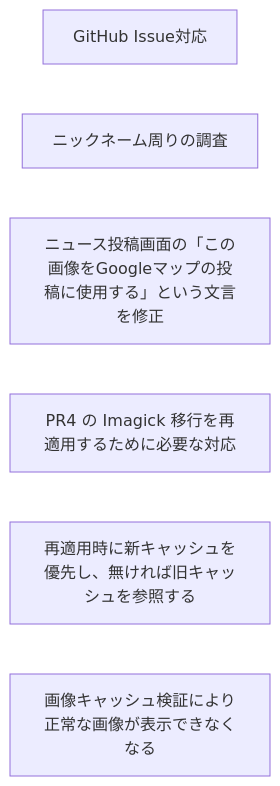
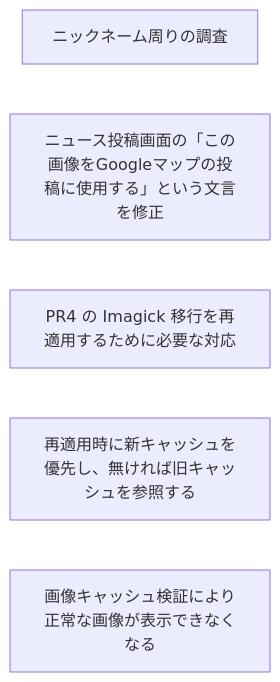
The diagram in tasks/依存関係図.md (FLNYoshidaRyuta/task_management), drawn with Mermaid before and after one commit. The commit also changed 12 other files, not shown here.

````diff
--- a/tasks/依存関係図.md
+++ b/tasks/依存関係図.md
@@ -3,9 +3,8 @@
 ```mermaid
 flowchart LR
-    T0["GitHub Issue対応"]
-    T1["ニックネーム周りの調査"]
-    T2["ニュース投稿画面の「この画像をGoogleマップの投稿に使用する」という文言を修正"]
-    T3["PR4 の Imagick 移行を再適用するために必要な対応"]
-    T4["再適用時に新キャッシュを優先し、無ければ旧キャッシュを参照する"]
-    T5["画像キャッシュ検証により正常な画像が表示できなくなる"]
+    T0["ニックネーム周りの調査"]
+    T1["ニュース投稿画面の「この画像をGoogleマップの投稿に使用する」という文言を修正"]
+    T2["PR4 の Imagick 移行を再適用するために必要な対応"]
+    T3["再適用時に新キャッシュを優先し、無ければ旧キャッシュを参照する"]
+    T4["画像キャッシュ検証により正常な画像が表示できなくなる"]
 ```
````
